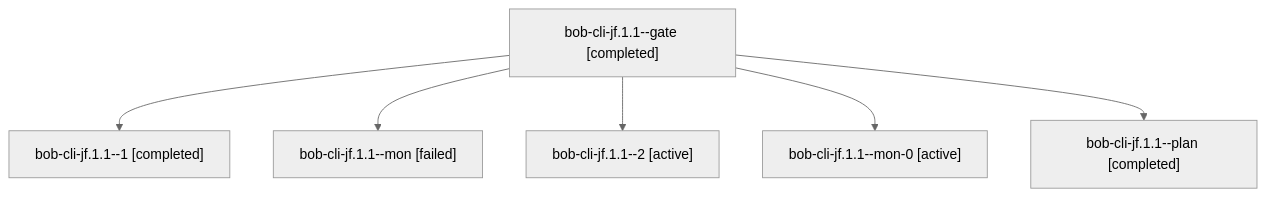
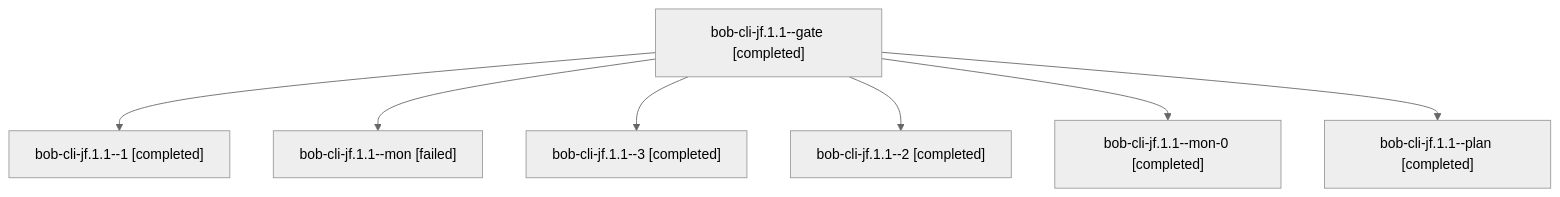
The diagram in sessions/bbugyi200.athena.bob-cli-jf.1.1.md (bobs-org/bob-cli--agents), drawn with Mermaid (neutral theme) before and after one commit. The commit also changed other lines of this file and 37 other files, not shown here.

````diff
--- a/sessions/bbugyi200.athena.bob-cli-jf.1.1.md
+++ b/sessions/bbugyi200.athena.bob-cli-jf.1.1.md
@@ -9,14 +9,16 @@
 ```mermaid
 flowchart TD
   n0["bob-cli-jf.1.1--gate [completed]"]
   n1["bob-cli-jf.1.1--1 [completed]"]
   n0 --> n1
   n2["bob-cli-jf.1.1--mon [failed]"]
   n0 --> n2
-  n3["bob-cli-jf.1.1--2 [active]"]
+  n3["bob-cli-jf.1.1--3 [completed]"]
   n0 --> n3
-  n4["bob-cli-jf.1.1--mon-0 [active]"]
+  n4["bob-cli-jf.1.1--2 [completed]"]
   n0 --> n4
-  n5["bob-cli-jf.1.1--plan [completed]"]
+  n5["bob-cli-jf.1.1--mon-0 [completed]"]
   n0 --> n5
+  n6["bob-cli-jf.1.1--plan [completed]"]
+  n0 --> n6
 ```
````
